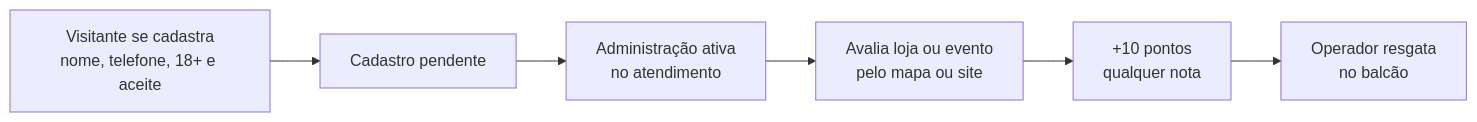
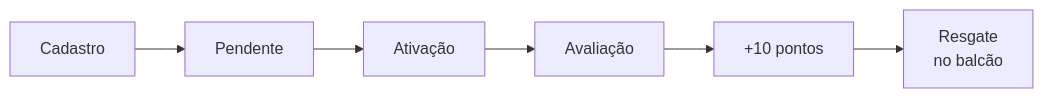
The diagram in README.md (helderfilgueira/onix-35-viva-capim), drawn with Mermaid before and after one commit.

Commit message:
docs: encurta fluxograma da fidelidade no README

````diff
--- a/README.md
+++ b/README.md
@@ -52,8 +52,8 @@
 ```mermaid
 flowchart LR
-  A[Visitante se cadastra<br>nome, telefone, 18+ e aceite] --> B[Cadastro pendente]
-  B --> C[Administração ativa<br>no atendimento]
-  C --> D[Avalia loja ou evento<br>pelo mapa ou site]
-  D --> E[+10 pontos<br>qualquer nota]
-  E --> F[Operador resgata<br>no balcão]
+  A[Cadastro] --> B[Pendente]
+  B --> C[Ativação]
+  C --> D[Avaliação]
+  D --> E[+10 pontos]
+  E --> F[Resgate<br>no balcão]
 ```
````
